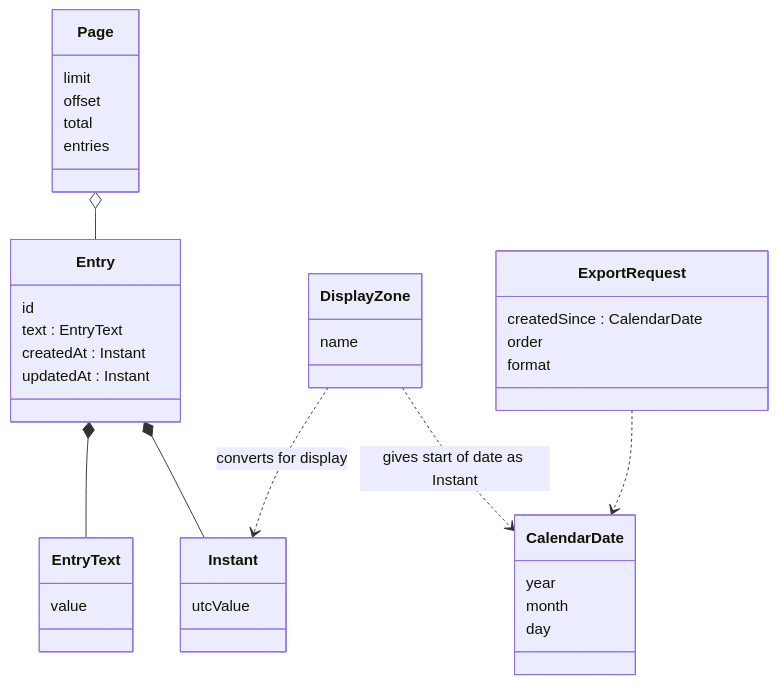
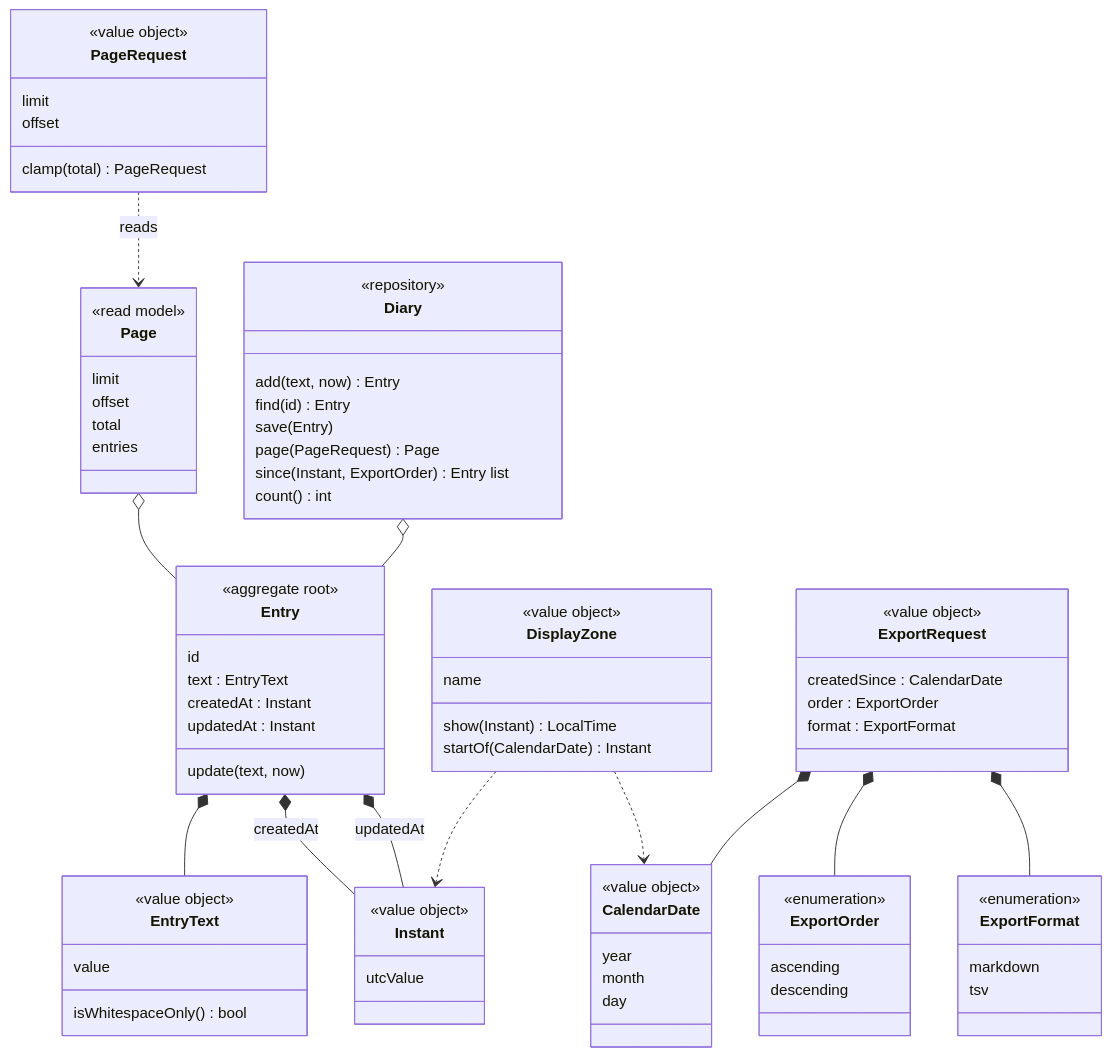
One commit to nafiz1001/diary changed the diagram in specs/03-architecture/domain-model.md. Above: the diagram before and after it, drawn with Mermaid. The commit also changed other lines of this file and 3 other files, not shown here.

````diff
--- a/specs/03-architecture/domain-model.md
+++ b/specs/03-architecture/domain-model.md
@@ -5,40 +7,81 @@
 ```mermaid
 classDiagram
     class Entry {
+        <<aggregate root>>
         id
         text : EntryText
         createdAt : Instant
         updatedAt : Instant
+        update(text, now)
     }
     class EntryText {
+        <<value object>>
         value
+        isWhitespaceOnly() bool
     }
     class Instant {
+        <<value object>>
         utcValue
     }
     class DisplayZone {
+        <<value object>>
         name
+        show(Instant) LocalTime
+        startOf(CalendarDate) Instant
+    }
+    class CalendarDate {
+        <<value object>>
+        year
+        month
+        day
+    }
+    class PageRequest {
+        <<value object>>
+        limit
+        offset
+        clamp(total) PageRequest
     }
     class Page {
+        <<read model>>
         limit
         offset
         total
         entries
     }
     class ExportRequest {
+        <<value object>>
         createdSince : CalendarDate
-        order
-        format
+        order : ExportOrder
+        format : ExportFormat
     }
-    class CalendarDate {
-        year
-        month
-        day
+    class ExportOrder {
+        <<enumeration>>
+        ascending
+        descending
+    }
+    class ExportFormat {
+        <<enumeration>>
+        markdown
+        tsv
+    }
+    class Diary {
+        <<repository>>
+        add(text, now) Entry
+        find(id) Entry
+        save(Entry)
+        page(PageRequest) Page
+        since(Instant, ExportOrder) Entry list
+        count() int
     }
     Entry *-- EntryText
-    Entry *-- Instant
-    DisplayZone ..> Instant : converts for display
-    DisplayZone ..> CalendarDate : gives start of date as Instant
+    Entry *-- Instant : createdAt
+    Entry *-- Instant : updatedAt
+    DisplayZone ..> Instant
+    DisplayZone ..> CalendarDate
+    ExportRequest *-- CalendarDate
+    ExportRequest *-- ExportOrder
+    ExportRequest *-- ExportFormat
     Page o-- Entry
-    ExportRequest ..> CalendarDate
+    PageRequest ..> Page : reads
+    Diary o-- Entry
 ```
````
